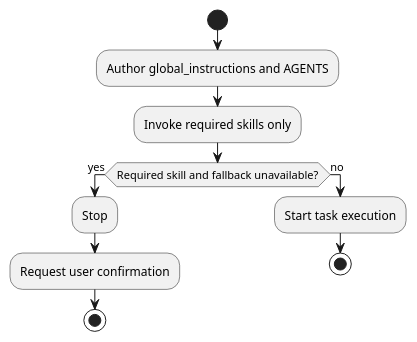
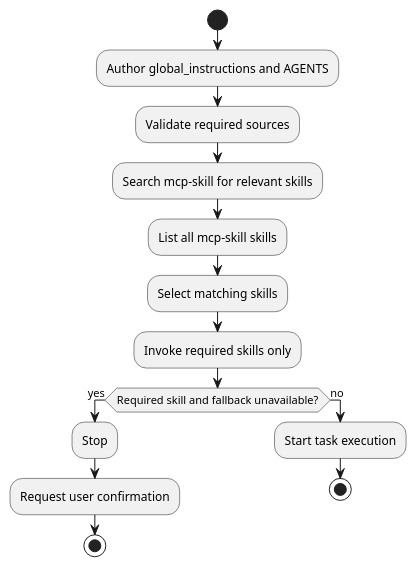
The diagram in global_instructions.md (nowonbun/nowonbun-ai-skills), drawn with PlantUML before and after one commit. The commit also changed other lines of this file, not shown here.

Commit message:
skill mcp 수정

````diff
--- a/global_instructions.md
+++ b/global_instructions.md
@@ -100,15 +103,19 @@
 ```plantuml
 @startuml
 start
 :Author global_instructions and AGENTS;
+:Validate required sources;
+:Search mcp-skill for relevant skills;
+:List all mcp-skill skills;
+:Select matching skills;
 :Invoke required skills only;
 if (Required skill and fallback unavailable?) then (yes)
   :Stop;
   :Request user confirmation;
   stop
 else (no)
   :Start task execution;
   stop
 endif
 @enduml
 ```
````
